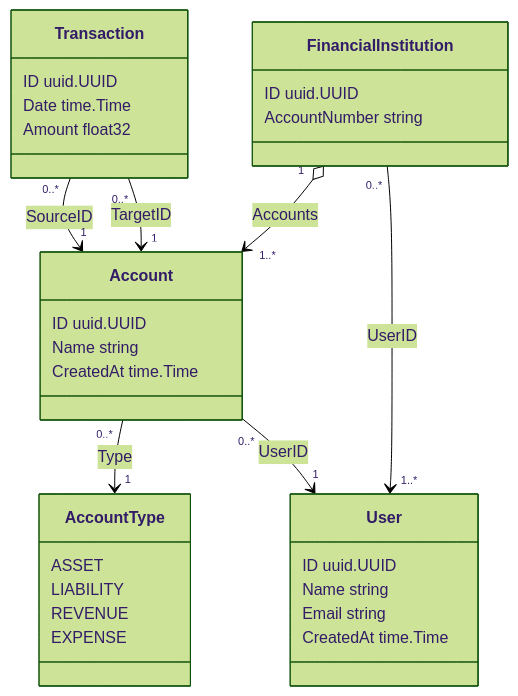
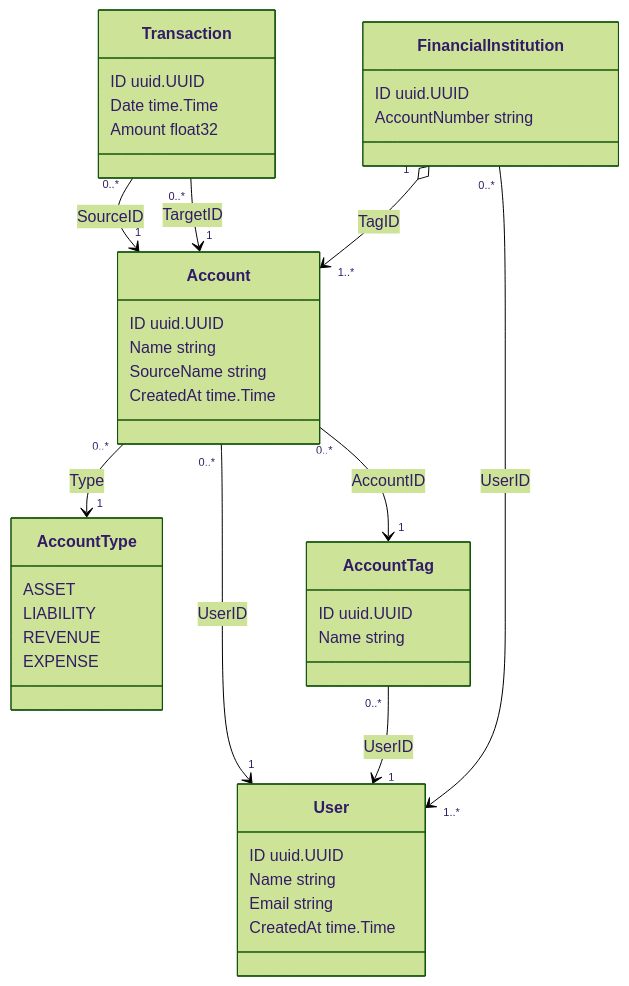
One commit to fabiancpbm/patriq changed the second of 2 diagrams in README.md. Above: the diagram before and after it, drawn with Mermaid (forest theme). The commit also changed other lines of this file and 9 other files, not shown here.

````diff
--- a/README.md
+++ b/README.md
@@ -78,40 +80,55 @@
 ```mermaid
 classDiagram
   class AccountType {
     ASSET
     LIABILITY
     REVENUE
     EXPENSE
   }
 
   class Account {
     ID uuid.UUID
     Name string
+    SourceName string
     CreatedAt time.Time
+  }
+
+  class AccountTag {
+    ID uuid.UUID
+    Name string
   }
 
   class Transaction {
     ID uuid.UUID
     Date time.Time
     Amount float32
   }
 
   class FinancialInstitution {
     ID uuid.UUID
     AccountNumber string
   }
 
   class User {
     ID uuid.UUID
     Name string
     Email string
     CreatedAt time.Time
   }
 
   Account "0..*" -->  "1" AccountType: Type
+  
   Account "0..*" --> "1" User: UserID
+  
+  Account "0..*" --> "1" AccountTag: AccountID
+  
   Transaction "0..*" --> "1" Account: SourceID
+  
   Transaction "0..*" --> "1" Account: TargetID
-  FinancialInstitution "1" o--> "1..*" Account: Accounts
+  
+  FinancialInstitution "1" o--> "1..*" Account: TagID
+  
+  AccountTag "0..*" --> "1" User: UserID
+  
   FinancialInstitution "0..*" --> "1..*" User: UserID
 ```
````
